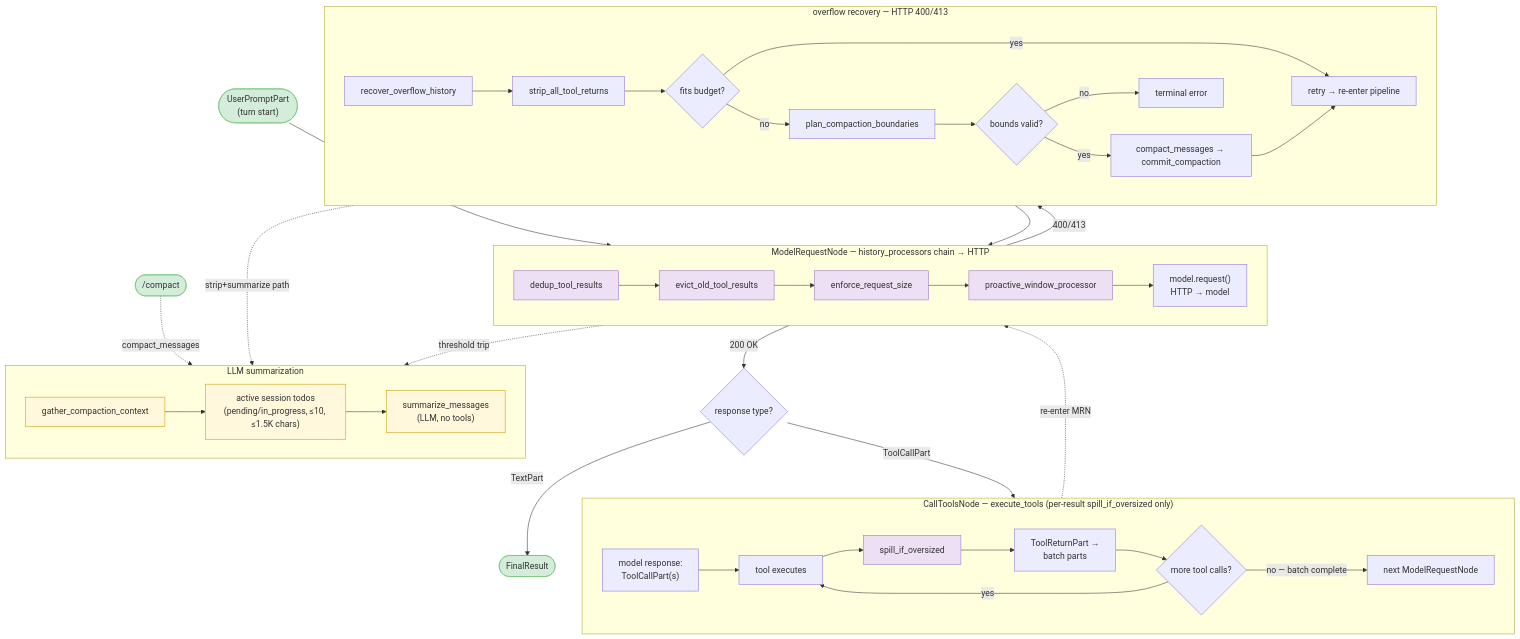
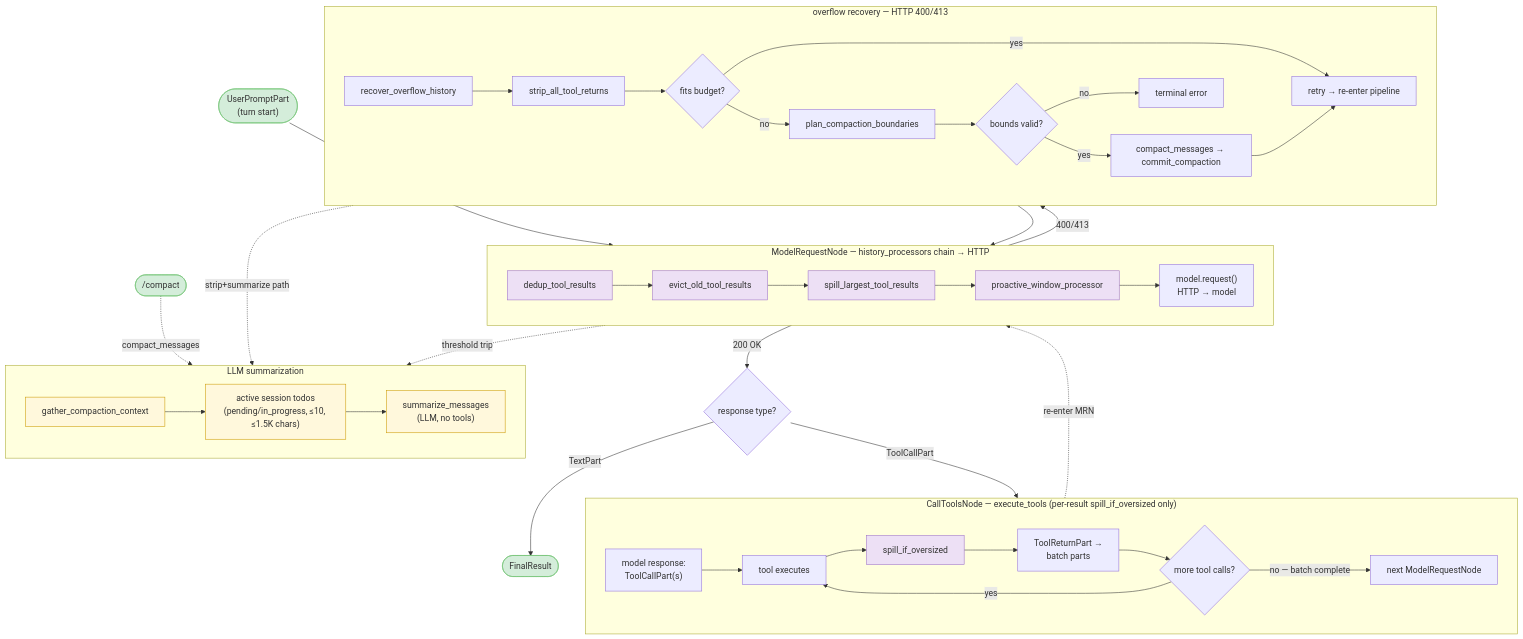
One commit to binlecode/co-cli changed the diagram in docs/specs/compaction.md. Above: the diagram before and after it, drawn with Mermaid. The commit also changed other lines of this file and 31 other files, not shown here.

First line of the commit message:
refactor: v0.8.306 — rename enforce_request_size to spill_largest_tool_results

````diff
--- a/docs/specs/compaction.md
+++ b/docs/specs/compaction.md
@@ -82,55 +82,55 @@
 ```mermaid
 flowchart TD
     UPN(["UserPromptPart\n(turn start)"])
     FINAL(["FinalResult"])
     RTYPE{"response type?"}
 
     subgraph MRN["ModelRequestNode — history_processors chain → HTTP"]
         direction LR
-        C0["dedup_tool_results"] --> C1["evict_old_tool_results"] --> CE["enforce_request_size"] --> C2["proactive_window_processor"] --> HTTP["model.request()\nHTTP → model"]
+        C0["dedup_tool_results"] --> C1["evict_old_tool_results"] --> CE["spill_largest_tool_results"] --> C2["proactive_window_processor"] --> HTTP["model.request()\nHTTP → model"]
     end
 
     subgraph CTN["CallToolsNode — execute_tools (per-result spill_if_oversized only)"]
         direction LR
         TCALL["model response:\nToolCallPart(s)"] --> EXEC["tool executes"] --> M1["spill_if_oversized"] --> HIST["ToolReturnPart →\nbatch parts"] --> MORE{"more tool calls?"}
         MORE -->|yes| EXEC
         MORE -->|"no — batch complete"| NEXT["next ModelRequestNode"]
     end
 
     subgraph OVF["overflow recovery — HTTP 400/413"]
         direction LR
         OV1["recover_overflow_history"] --> OV2["strip_all_tool_returns"]
         OV2 --> OV3{"fits budget?"}
         OV3 -->|yes| OV4["retry → re-enter pipeline"]
         OV3 -->|no| OV5["plan_compaction_boundaries"] --> OV6{"bounds valid?"}
         OV6 -->|yes| OV7["compact_messages → commit_compaction"] --> OV4
         OV6 -->|no| OV8["terminal error"]
     end
 
     COMPACT(["/compact"])
 
     subgraph SUM["LLM summarization"]
         direction LR
         GC["gather_compaction_context"]
         GC --> GC2["active session todos\n(pending/in_progress, ≤10, ≤1.5K chars)"]
         GC2 --> SUMM["summarize_messages\n(LLM, no tools)"]
     end
 
     UPN --> C0
     HTTP -->|"200 OK"| RTYPE
     HTTP -->|"400/413"| OV1
     OV4 --> C0
     RTYPE -->|ToolCallPart| TCALL
     RTYPE -->|TextPart| FINAL
     NEXT -.->|"re-enter MRN"| C0
     C2 -.->|"threshold trip"| GC
     OV7 -.->|"strip+summarize path"| GC
     COMPACT -.->|"compact_messages"| GC
 
     classDef hook fill:#ede0f5,stroke:#9c6fc7
     classDef term fill:#d4edda,stroke:#74c476
     classDef enr fill:#fff8dc,stroke:#cc9900
     class C0,C1,CE,C2,M1 hook
     class UPN,FINAL,COMPACT term
     class GC,GC2,SUMM enr
 ```
````
